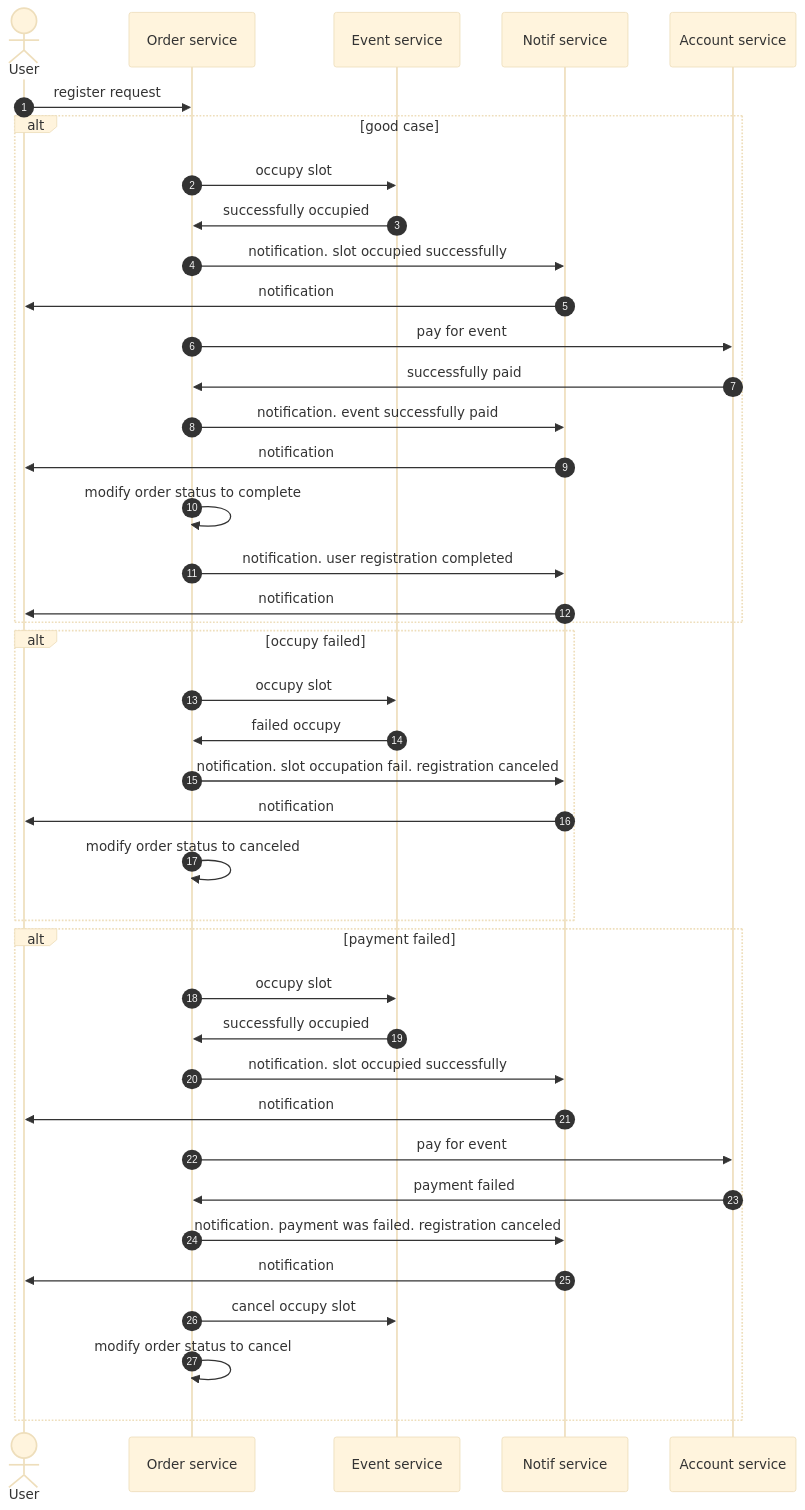
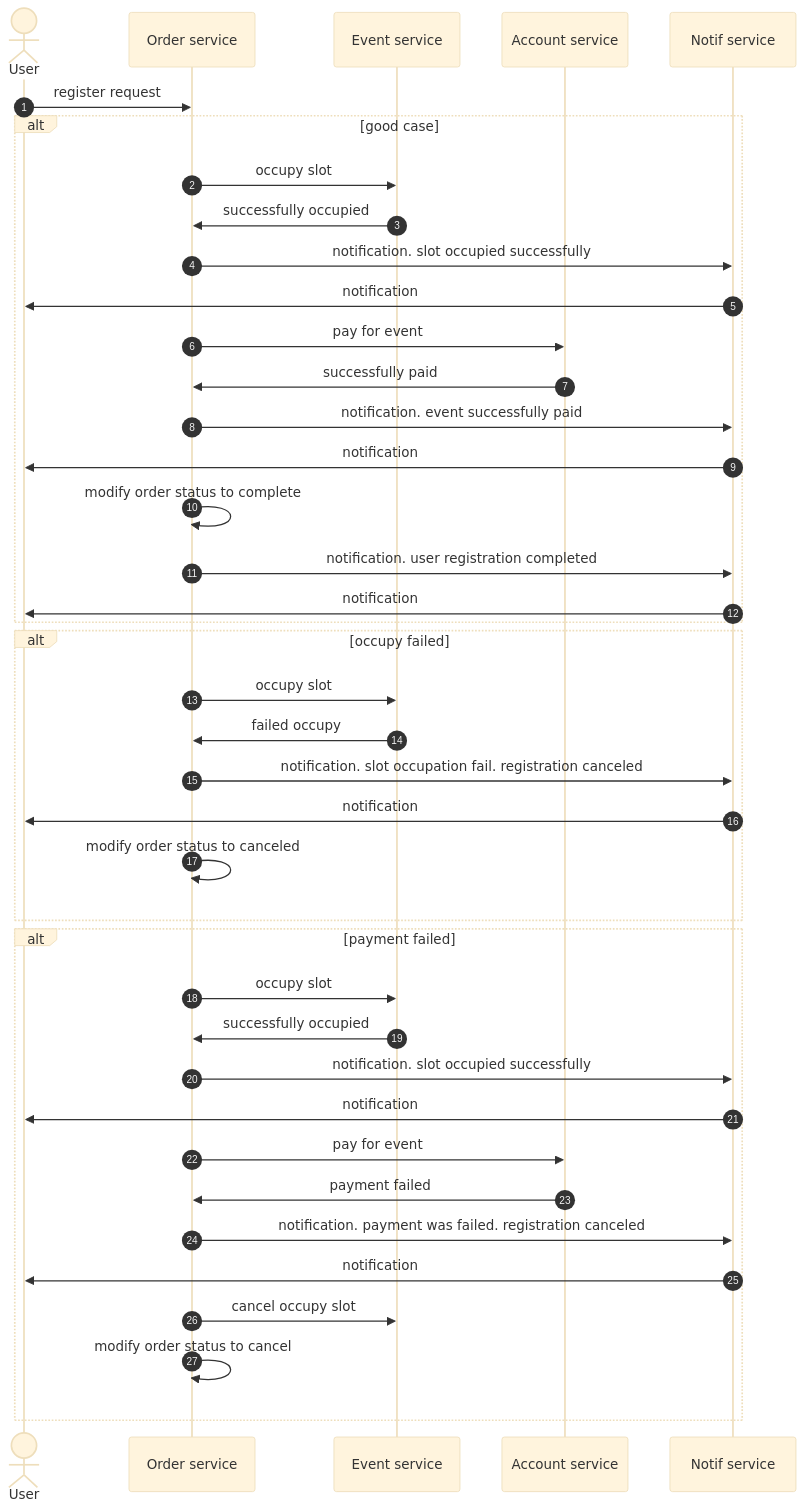
The diagram in README.md (xost/otus-proj), drawn with Mermaid (base theme) before and after one commit.

````diff
--- a/README.md
+++ b/README.md
@@ -133,39 +133,43 @@
 ```mermaid
 %% регистрация на мероприятие
     sequenceDiagram
         actor User
+        participant Order service
+        participant Event service
+        participant Account service
+        participant Notif service
         autonumber
         User ->> Order service: register request
         alt good case
         Order service ->> Event service: occupy slot
         Event service ->> Order service: successfully occupied
         Order service ->> Notif service: notification. slot occupied successfully
         Notif service ->> User: notification
         Order service ->> Account service: pay for event
         Account service ->> Order service: successfully paid
         Order service ->> Notif service: notification. event successfully paid
         Notif service ->> User: notification
         Order service ->> Order service: modify order status to complete
         Order service ->> Notif service: notification. user registration completed
         Notif service ->> User: notification
         end
         alt occupy failed
         Order service ->> Event service: occupy slot
         Event service ->> Order service: failed occupy
         Order service ->> Notif service: notification. slot occupation fail. registration canceled
         Notif service ->> User: notification
         Order service ->> Order service: modify order status to canceled
         end
         alt payment failed
         Order service ->> Event service: occupy slot
         Event service ->> Order service: successfully occupied
         Order service ->> Notif service: notification. slot occupied successfully
         Notif service ->> User: notification
         Order service ->> Account service: pay for event
         Account service ->> Order service: payment failed
         Order service ->> Notif service: notification. payment was failed. registration canceled
         Notif service ->> User: notification
         Order service ->> Event service: cancel occupy slot
         Order service ->> Order service: modify order status to cancel
         end
 ```
````
